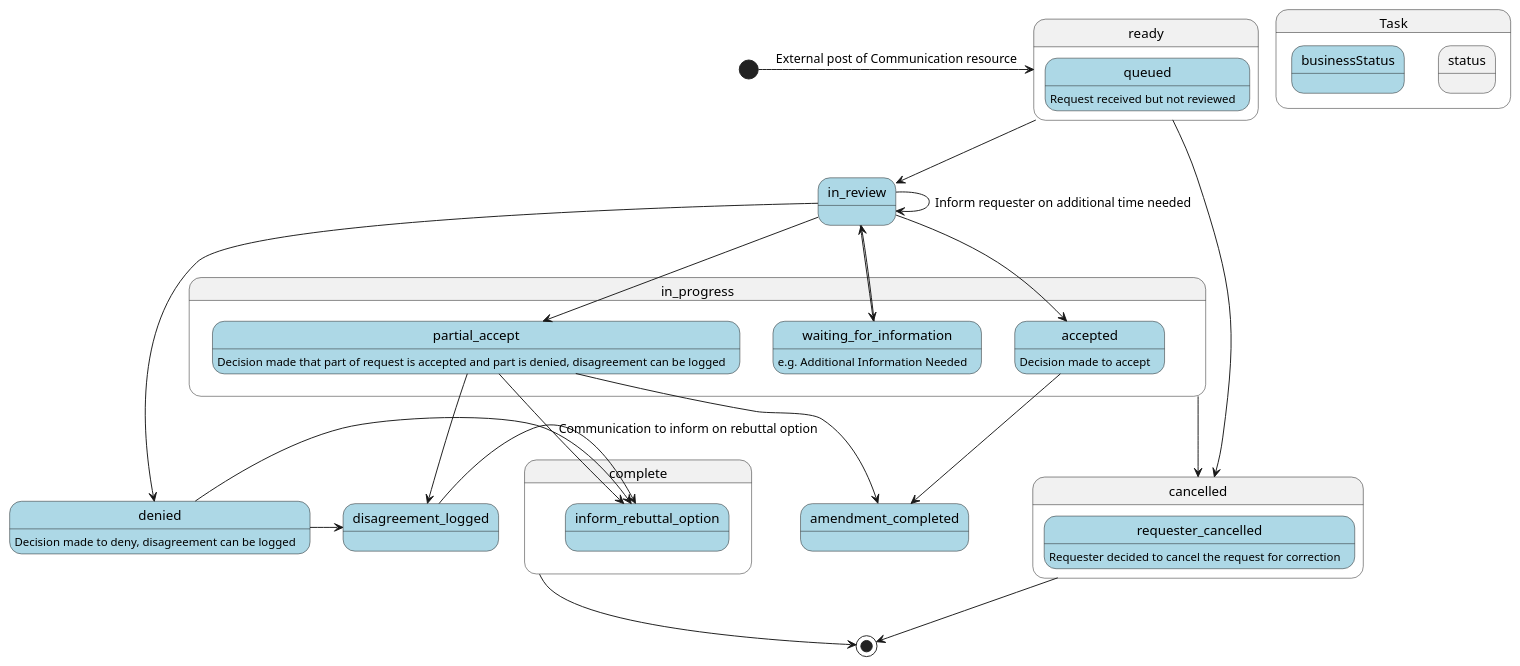
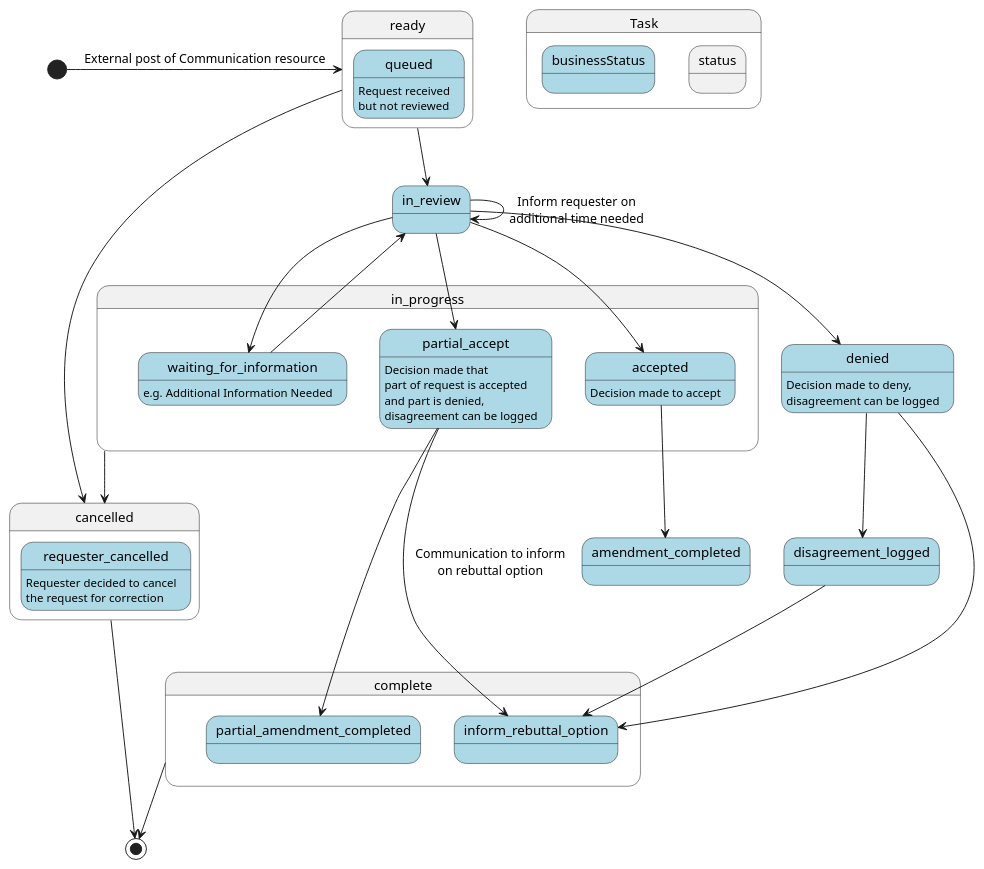
The diagram in input/images-source/state-diagram.plantuml (HL7/fhir-patient-correction), drawn with PlantUML before and after one commit. The commit also changed 2 other files, not shown here.

Commit message:
Update for partial amendments

```diff
--- a/input/images-source/state-diagram.plantuml
+++ b/input/images-source/state-diagram.plantuml
@@ -1,64 +1,66 @@
 @startuml
 skinparam svgDimensionStyle false
+hide empty description 
 [*] -> ready : External post of Communication resource
 state ready {
   state queued #lightblue {
   }
 }
 ready --> in_review
-queued : Request received but not reviewed
+queued : Request received\nbut not reviewed
 
 state in_progress {
   state in_review #lightblue{
   }
   state waiting_for_information #lightblue{
   }
   state accepted #lightblue{
   }
   state partial_accept #lightblue{
   }
 }
 in_review --> waiting_for_information
 in_review --> accepted
 in_review --> partial_accept
-in_review --> in_review: Inform requester on additional time needed
+in_review --> in_review: Inform requester on\nadditional time needed
 waiting_for_information --> in_review
 in_review --> denied
-partial_accept --> amendment_completed
-partial_accept --> disagreement_logged
 accepted --> amendment_completed
-denied -> disagreement_logged
+denied -down-> disagreement_logged
 waiting_for_information : e.g. Additional Information Needed
 accepted : Decision made to accept
-partial_accept : Decision made that part of request is accepted and part is denied, disagreement can be logged
-denied : Decision made to deny, disagreement can be logged
+partial_accept : Decision made that\npart of request is accepted\nand part is denied,\ndisagreement can be logged
+denied : Decision made to deny,\ndisagreement can be logged
 
 state cancelled {
   state requester_cancelled #lightblue {
   }
 }
 cancelled --> [*]
 ready --> cancelled
 in_progress --> cancelled
-requester_cancelled : Requester decided to cancel the request for correction
+requester_cancelled : Requester decided to cancel\nthe request for correction
 
 state complete {
  state amendment_completed #lightblue{
  }
  state disagreement_logged #lightblue{
  }
  state denied #lightblue{
  }
  state inform_rebuttal_option #lightblue{
  }
+ state partial_amendment_completed #lightblue{
+  }
 }
-disagreement_logged -> inform_rebuttal_option
-denied -> inform_rebuttal_option
-partial_accept -> inform_rebuttal_option: Communication to inform on rebuttal option
+partial_accept --> partial_amendment_completed
+disagreement_logged --> inform_rebuttal_option
+denied -down-> inform_rebuttal_option
+partial_accept --> inform_rebuttal_option: Communication to inform\non rebuttal option
 complete --> [*]
 
 state Task.status{
 }
 state Task.businessStatus #lightblue {
 }
 @enduml
```
